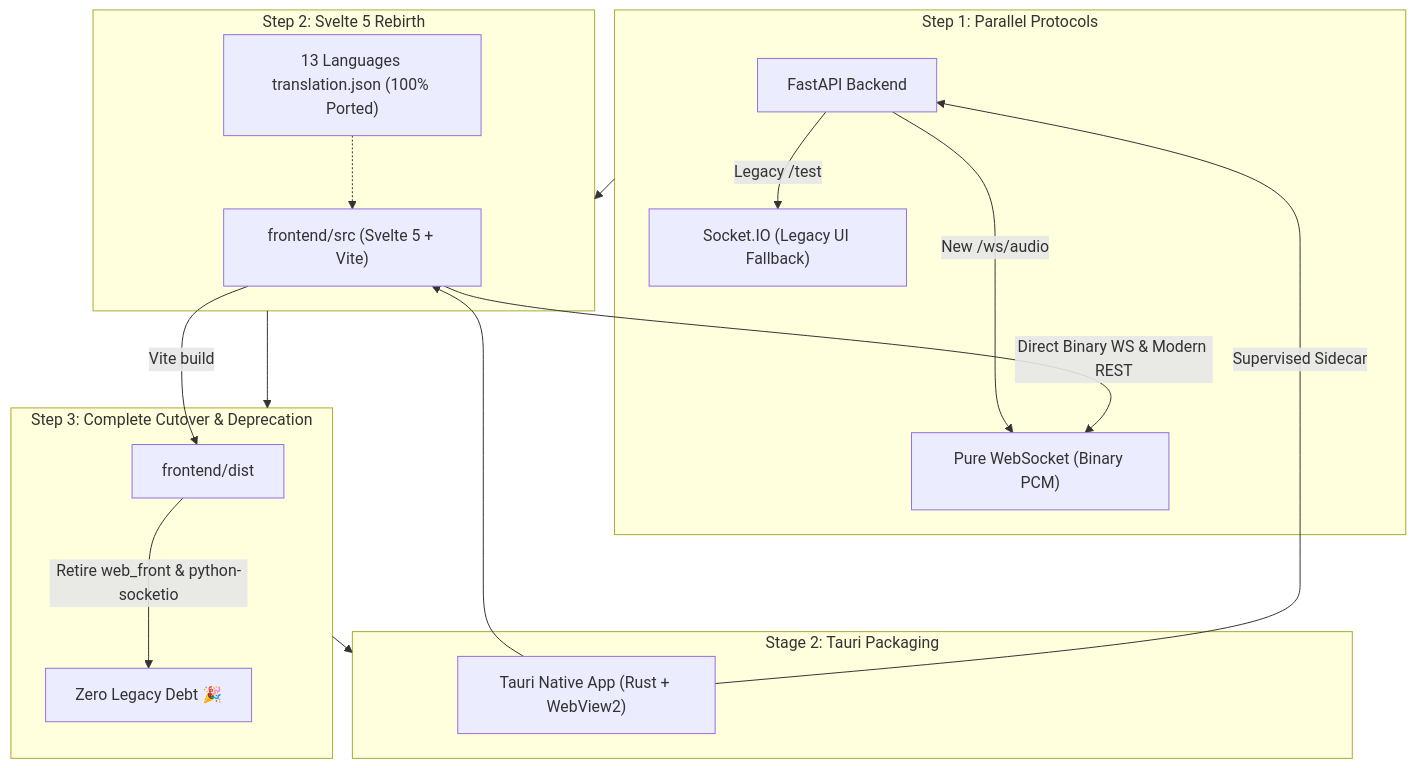
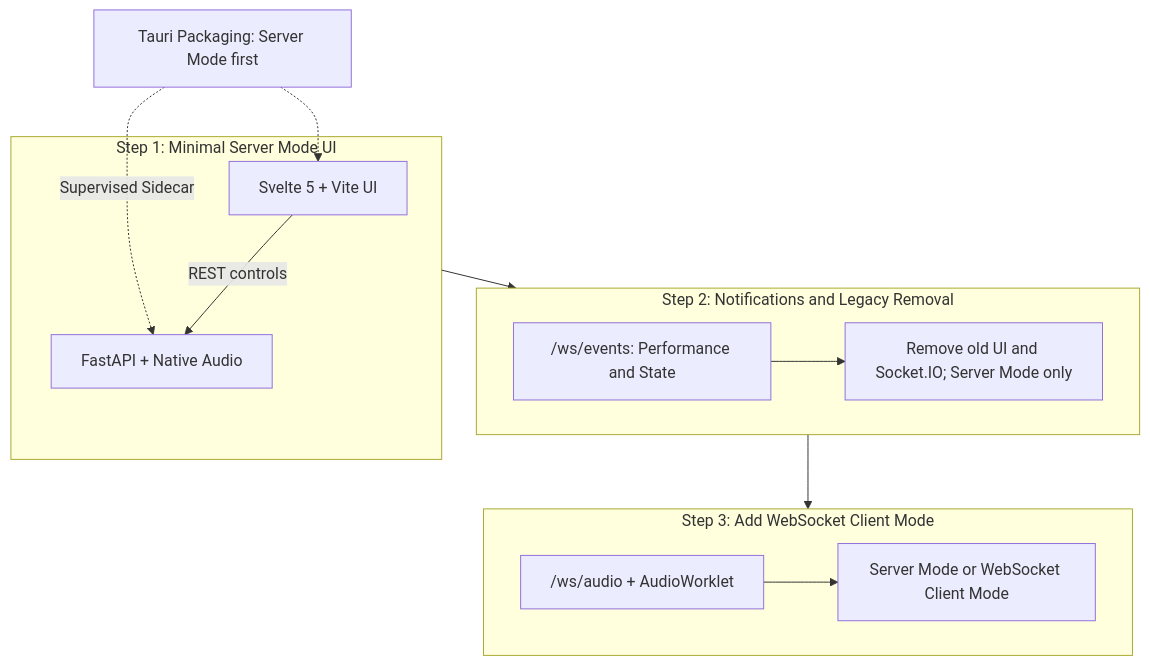
One commit to Maki-Daisuke/vcclient-forge changed the diagram in okf/frontend-architecture-and-roadmap.md. Above: the diagram before and after it, drawn with Mermaid. The commit also changed other lines of this file and 9 other files, not shown here.

First line of the commit message:
docs(okf): clarify Forge architecture and modernization roadmap

````diff
--- a/okf/frontend-architecture-and-roadmap.md
+++ b/okf/frontend-architecture-and-roadmap.md
@@ -112,27 +155,22 @@
 ```mermaid
 flowchart TD
-    subgraph S1["Step 1: Parallel Protocols"]
-        B1["FastAPI Backend"]
-        B1 -->|"Legacy /test"| SIO["Socket.IO (Legacy UI Fallback)"]
-        B1 -->|"New /ws/audio"| PWS["Pure WebSocket (Binary PCM)"]
+   subgraph S1["Step 1: Minimal Server Mode UI"]
+      FE["Svelte 5 + Vite UI"]
+      FE -->|"REST controls"| B1["FastAPI + Native Audio"]
     end
 
-    subgraph S2["Step 2: Svelte 5 Rebirth"]
-        FE["frontend/src (Svelte 5 + Vite)"]
-        FE -->|"Direct Binary WS & Modern REST"| PWS
-        I18N["13 Languages translation.json (100% Ported)"] -.-> FE
+   subgraph S2["Step 2: Notifications and Legacy Removal"]
+      EVT["/ws/events: Performance and State"]
+      CLEAN["Remove old UI and Socket.IO; Server Mode only"]
+      EVT --> CLEAN
     end
 
-    subgraph S3["Step 3: Complete Cutover & Deprecation"]
-        FE -->|"Vite build"| DIST["frontend/dist"]
-        DIST -->|"Retire web_front & python-socketio"| CLEAN["Zero Legacy Debt 🎉"]
+   subgraph S3["Step 3: Add WebSocket Client Mode"]
+      PWS["/ws/audio + AudioWorklet"]
+      PWS --> MODES["Server Mode or WebSocket Client Mode"]
     end
 
-    subgraph S4["Stage 2: Tauri Packaging"]
-        TAURI["Tauri Native App (Rust + WebView2)"]
-        TAURI --> FE
-        TAURI -->|"Supervised Sidecar"| B1
-    end
-
-    S1 --> S2 --> S3 --> S4
+   S1 --> S2 --> S3
+   TAURI["Tauri Packaging: Server Mode first"] -.-> FE
+   TAURI -.->|"Supervised Sidecar"| B1
 ```
````
